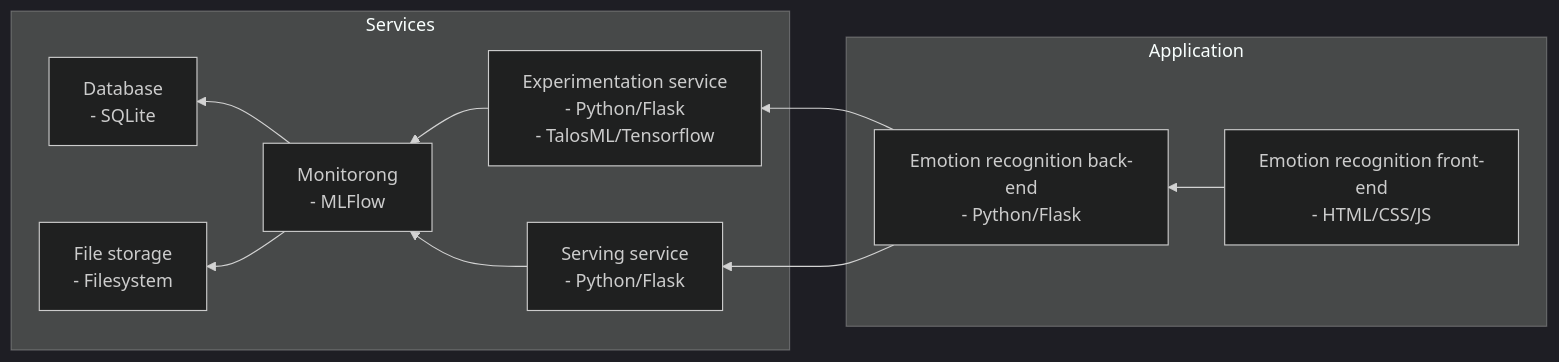
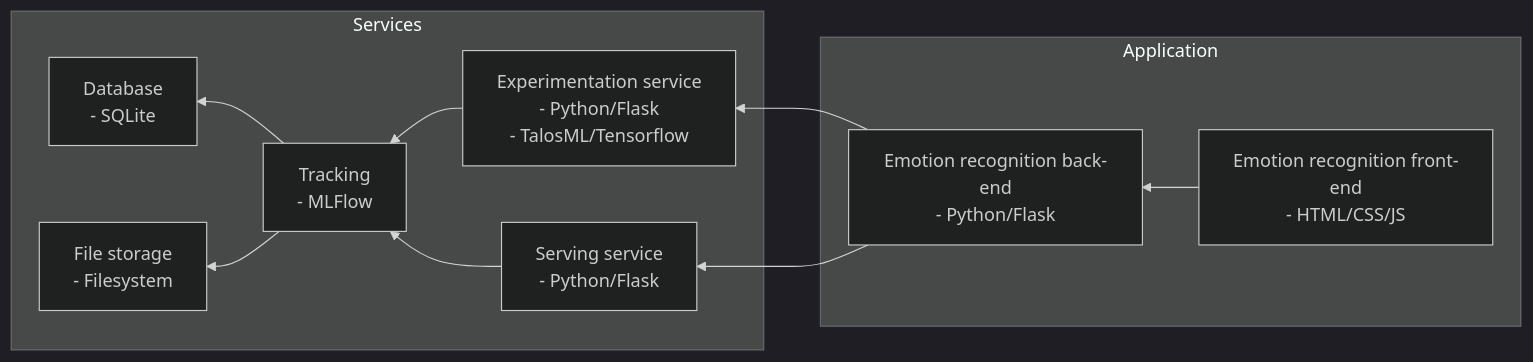
The diagram in README.md (Research-Center-Data-Intelligence/CHIMP), drawn with Mermaid (dark theme) before and after one commit.

Commit message:
Update README.md
renamed tracking module

````diff
--- a/README.md
+++ b/README.md
@@ -10,14 +10,14 @@
 ```mermaid
 graph RL;
    subgraph Application
       afe[Emotion recognition front-end<br/>- HTML/CSS/JS]-->abe[Emotion recognition back-end<br/>- Python/Flask];
    end
       abe-->exp[Experimentation service<br/>- Python/Flask<br/>- TalosML/Tensorflow];
       abe-->srv[Serving service<br/>- Python/Flask];
    subgraph Services
-      exp-->mlf[Monitorong<br/>- MLFlow];
+      exp-->mlf[Tracking<br/>- MLFlow];
       srv-->mlf;
       mlf-->db[Database<br/>- SQLite];
       mlf-->fs[File storage<br/>- Filesystem];
    end
 ```
````
